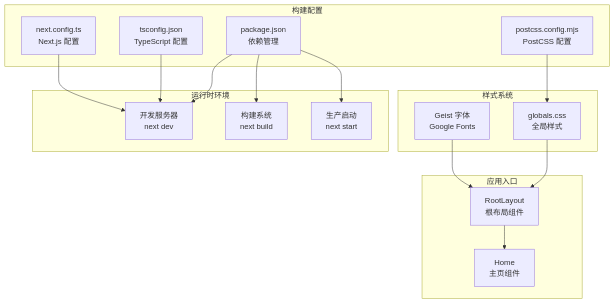
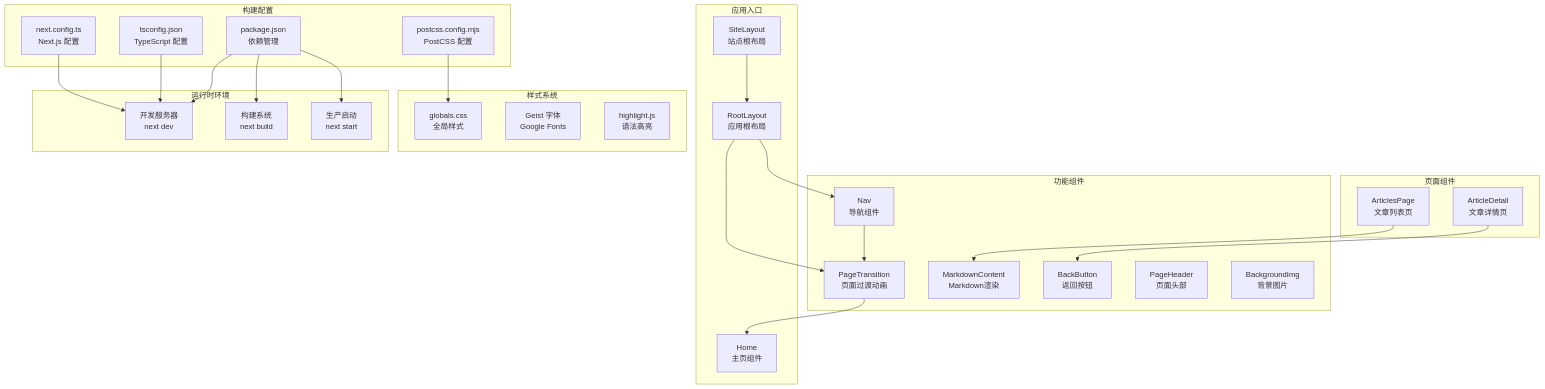
One commit to caoLei1997/Blog changed the first of 6 diagrams in .qoder/repowiki/zh/content/项目架构/核心组件详解/组件交互与数据流.md. Above: the diagram before and after it, drawn with Mermaid. The commit also changed other lines of this file and 4 other files, not shown here.

````diff
--- a/.qoder/repowiki/zh/content/项目架构/核心组件详解/组件交互与数据流.md
+++ b/.qoder/repowiki/zh/content/项目架构/核心组件详解/组件交互与数据流.md
@@ -41,31 +64,49 @@
 ```mermaid
 graph TB
 subgraph "应用入口"
-Layout[RootLayout<br/>根布局组件]
+SiteLayout[SiteLayout<br/>站点根布局]
+RootLayout[RootLayout<br/>应用根布局]
 Page[Home<br/>主页组件]
+end
+subgraph "页面组件"
+ArticlesPage[ArticlesPage<br/>文章列表页]
+ArticleDetail[ArticleDetail<br/>文章详情页]
+end
+subgraph "功能组件"
+Nav[Nav<br/>导航组件]
+PageTransition[PageTransition<br/>页面过渡动画]
+MarkdownContent[MarkdownContent<br/>Markdown渲染]
+BackButton[BackButton<br/>返回按钮]
+PageHeader[PageHeader<br/>页面头部]
+BackgroundImg[BackgroundImg<br/>背景图片]
 end
 subgraph "样式系统"
 CSS[globals.css<br/>全局样式]
 Fonts[Geist 字体<br/>Google Fonts]
+HLJS[highlight.js<br/>语法高亮]
 end
 subgraph "构建配置"
 Package[package.json<br/>依赖管理]
 TSConfig[tsconfig.json<br/>TypeScript 配置]
 PostCSS[postcss.config.mjs<br/>PostCSS 配置]
 NextConfig[next.config.ts<br/>Next.js 配置]
 end
 subgraph "运行时环境"
 Dev[开发服务器<br/>next dev]
 Build[构建系统<br/>next build]
 Start[生产启动<br/>next start]
 end
-Layout --> Page
-CSS --> Layout
-Fonts --> Layout
+SiteLayout --> RootLayout
+RootLayout --> Nav
+RootLayout --> PageTransition
+PageTransition --> Page
+ArticlesPage --> MarkdownContent
+ArticleDetail --> BackButton
+Nav --> PageTransition
 Package --> Dev
 Package --> Build
 Package --> Start
 TSConfig --> Dev
 PostCSS --> CSS
 NextConfig --> Dev
 ```
````
